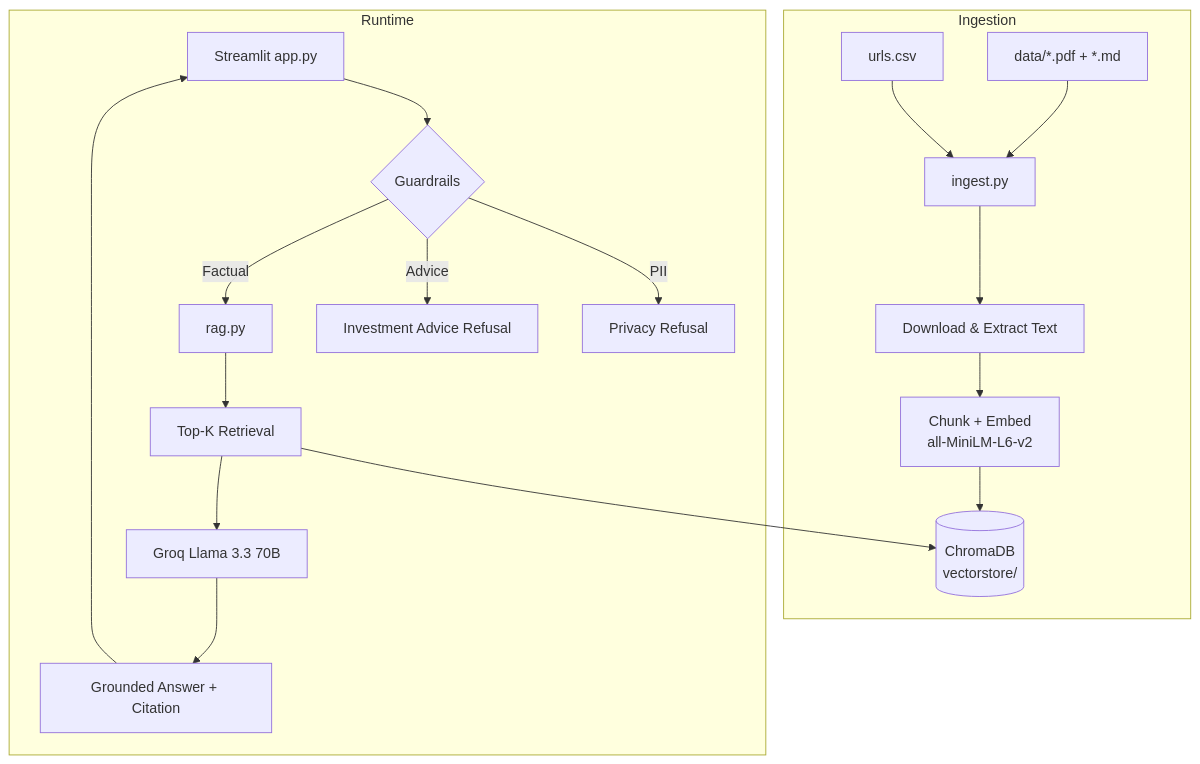
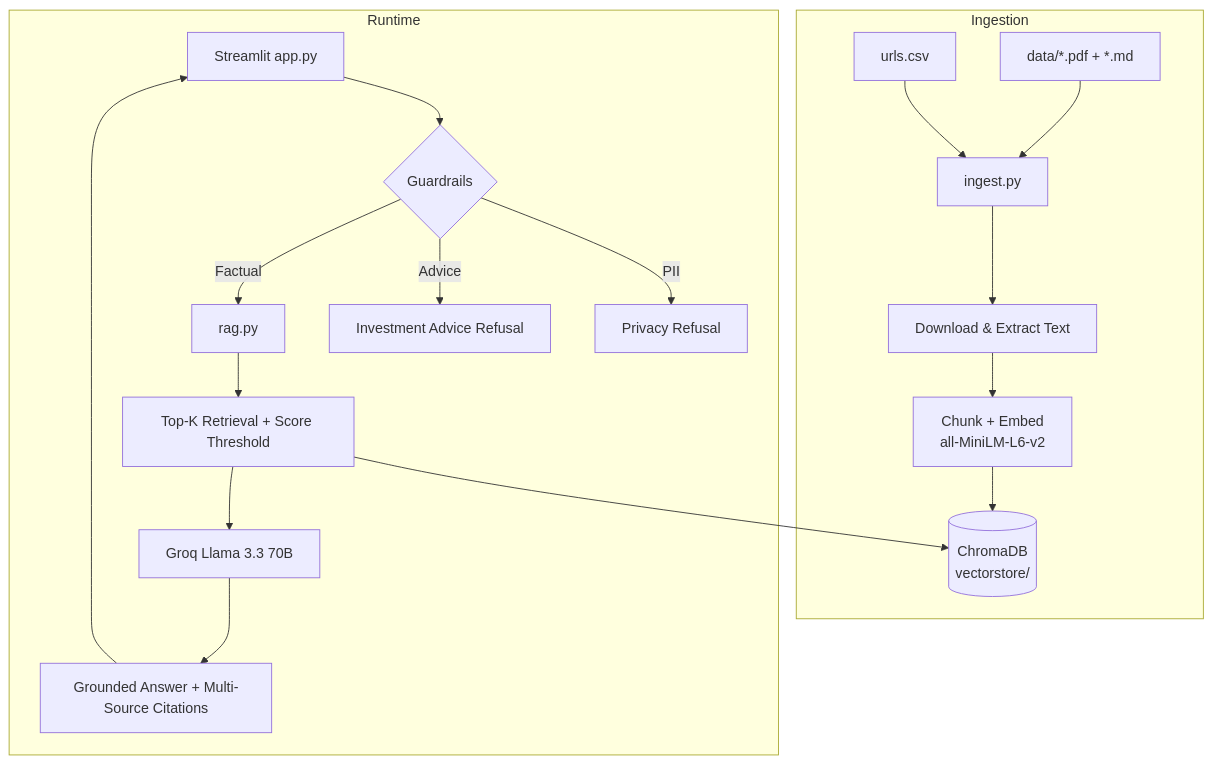
Before and after one commit to coding-0418/RAG_Chatbot: the diagram in README.md, drawn with Mermaid. The commit also changed other lines of this file and 15 other files, not shown here.

````diff
--- a/README.md
+++ b/README.md
@@ -15,22 +17,22 @@
 ```mermaid
 flowchart TB
     subgraph Ingestion
         CSV[urls.csv] --> ING[ingest.py]
         PDF[data/*.pdf + *.md] --> ING
         ING --> DL[Download & Extract Text]
         DL --> CH[Chunk + Embed<br/>all-MiniLM-L6-v2]
         CH --> VS[(ChromaDB<br/>vectorstore/)]
     end
 
     subgraph Runtime
         UI[Streamlit app.py] --> GUARD{Guardrails}
         GUARD -->|PII| PRIV[Privacy Refusal]
         GUARD -->|Advice| ADV[Investment Advice Refusal]
         GUARD -->|Factual| RAG[rag.py]
-        RAG --> RET[Top-K Retrieval]
+        RAG --> RET[Top-K Retrieval + Score Threshold]
         RET --> VS
         RET --> LLM[Groq Llama 3.3 70B]
-        LLM --> ANS[Grounded Answer + Citation]
+        LLM --> ANS[Grounded Answer + Multi-Source Citations]
         ANS --> UI
     end
 ```
````
